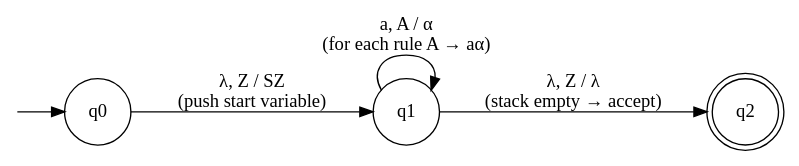
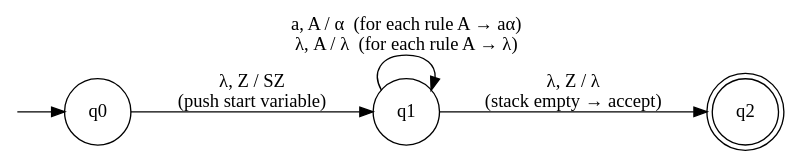
Diagram 36 of 36 in Theoratical/TCS_CHEATSHEET_FINAL.md (w4se05/4lovelyyear), drawn with Graphviz before and after one commit. The commit also changed other lines of this file and 16 other files, not shown here.

````diff
--- a/Theoratical/TCS_CHEATSHEET_FINAL.md
+++ b/Theoratical/TCS_CHEATSHEET_FINAL.md
@@ -1264,15 +1212,15 @@
 ```dot
 digraph G {
     rankdir=LR;
     node [shape=point, width=0];
     start;
     node [shape=circle];
     q0; q1;
     node [shape=doublecircle];
     q2;
     start -> q0;
     q0 -> q1 [label="λ, Z / SZ\n(push start variable)"];
-    q1 -> q1 [label="a, A / α\n(for each rule A → aα)"];
+    q1 -> q1 [label="a, A / α  (for each rule A → aα)\nλ, A / λ  (for each rule A → λ)"];
     q1 -> q2 [label="λ, Z / λ\n(stack empty → accept)"];
 }
 ```
````
